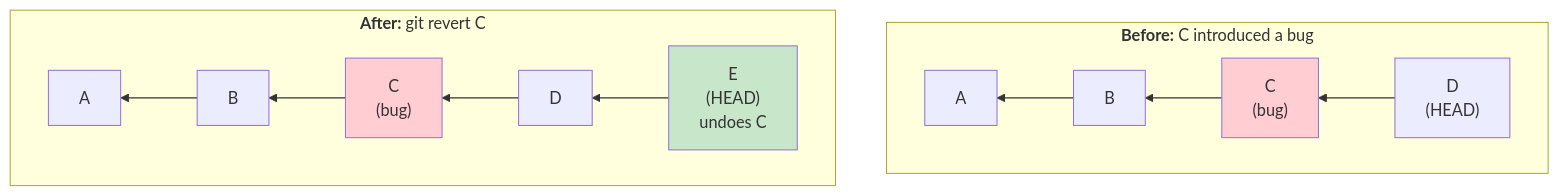
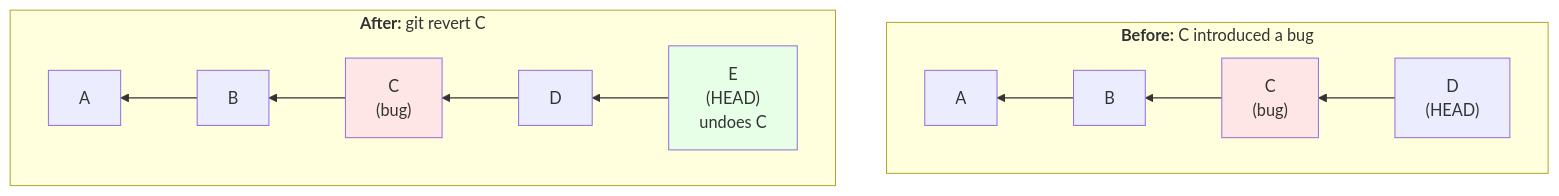
The fourth of 8 diagrams in 02-github/Github.md (mohammedsaif001/full-stack-engineering-notes), drawn with Mermaid before and after one commit. The commit also changed other lines of this file and 1 other file, not shown here.

````diff
--- a/02-github/Github.md
+++ b/02-github/Github.md
@@ -459,25 +462,26 @@
 ```mermaid
+%%{init: {'theme': 'default', 'themeVariables': { 'primaryColor': '#fff5e6', 'primaryTextColor': '#000', 'primaryBorderColor': '#0066cc'}} }%%
 graph TB
     subgraph Before["<b>Before:</b> C introduced a bug"]
         direction RL
         A1["A"]
         B1["B"]
         C1["C<br/>(bug)"]
         D1["D<br/>(HEAD)"]
         D1 --> C1 --> B1 --> A1
     end
     
     subgraph After["<b>After:</b> git revert C"]
         direction RL
         A2["A"]
         B2["B"]
         C2["C<br/>(bug)"]
         D2["D"]
         E["E<br/>(HEAD)<br/>undoes C"]
         E --> D2 --> C2 --> B2 --> A2
     end
     
-    style C1 fill:#ffcdd2
-    style C2 fill:#ffcdd2
-    style E fill:#c8e6c9
+    style C1 fill:#ffe6e6
+    style C2 fill:#ffe6e6
+    style E fill:#e6ffe6
 ```
````
